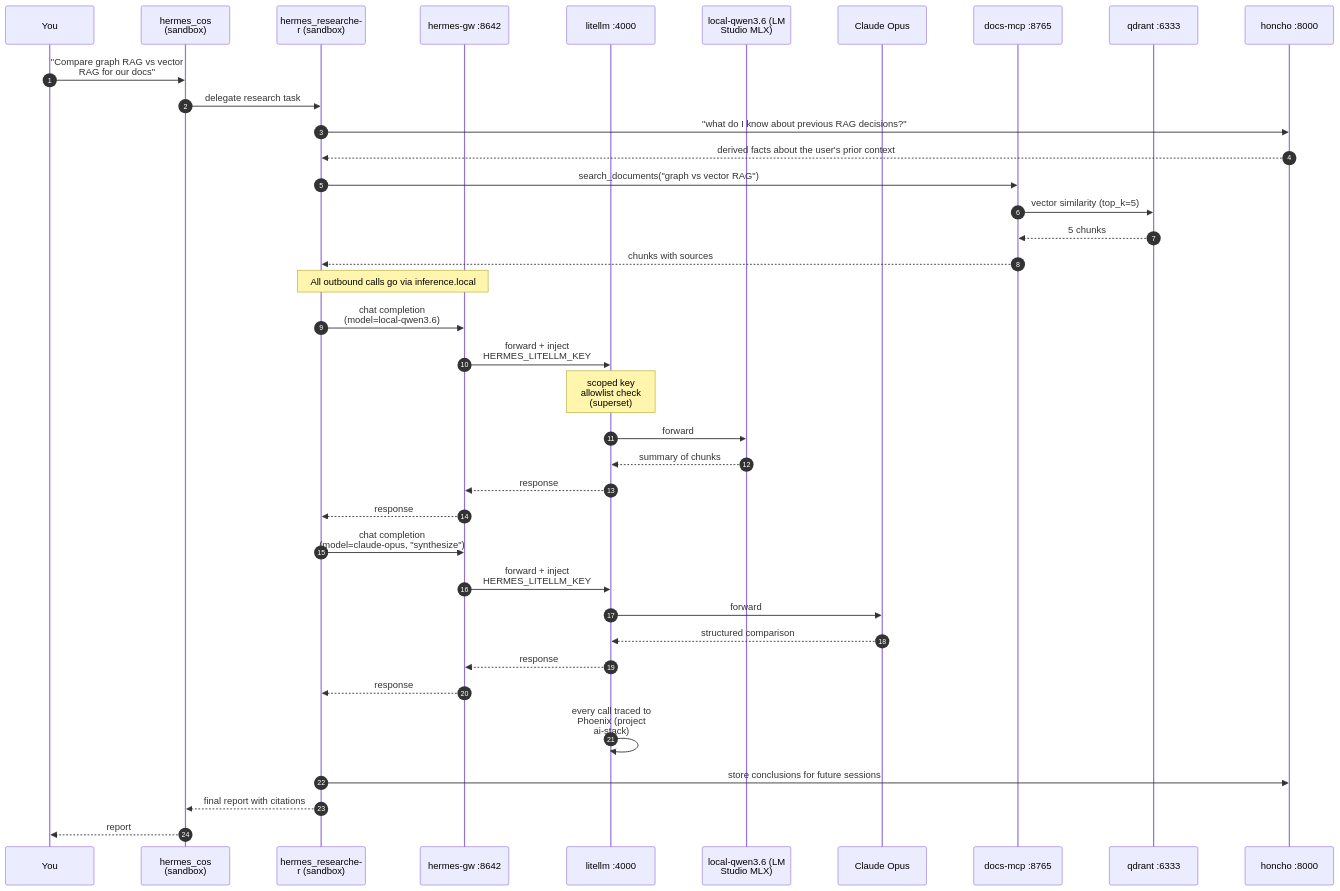
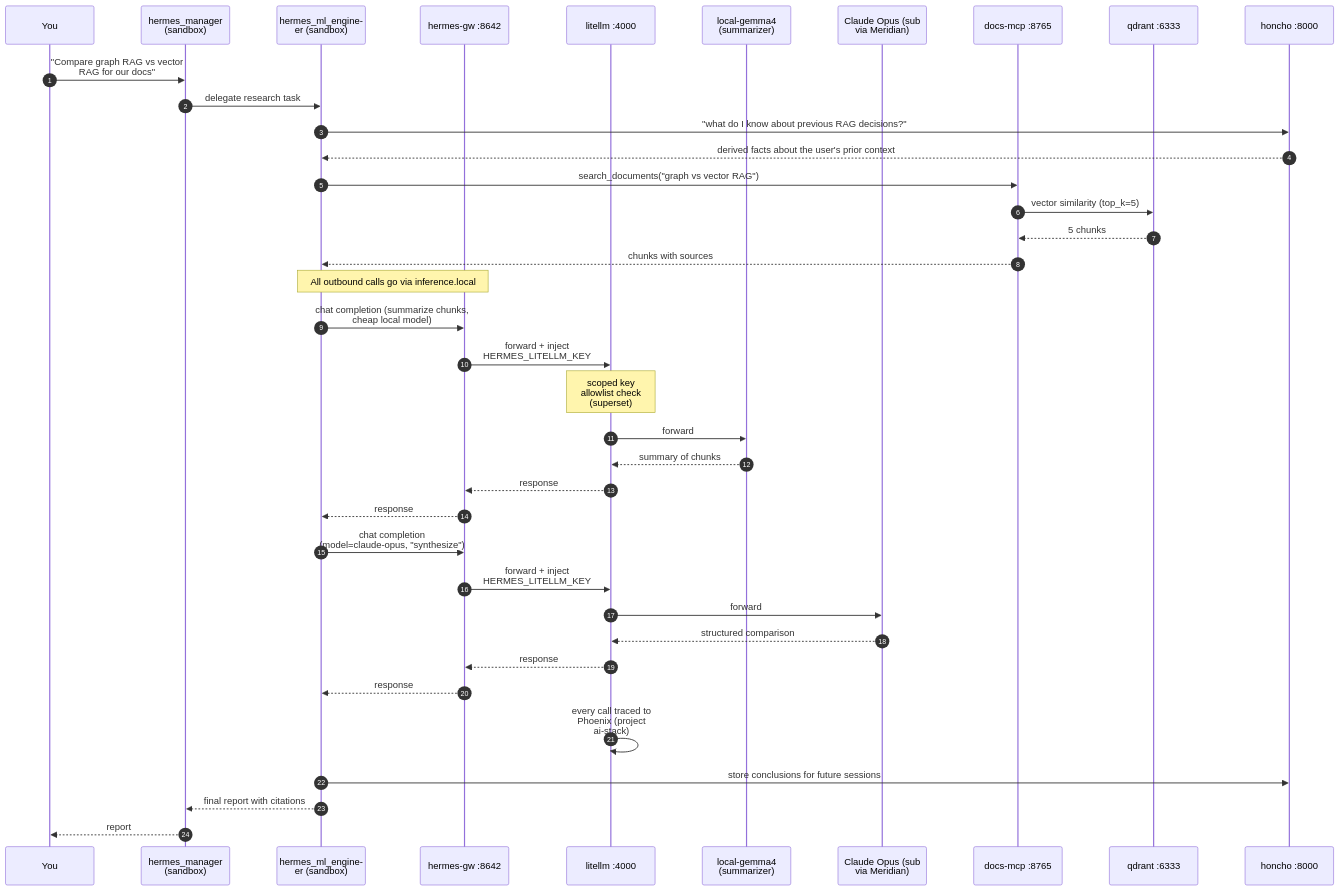
One commit to mayssamj/versatile-ai-stack changed the fourth of 4 diagrams in README.md. Above: the diagram before and after it, drawn with Mermaid. The commit also changed other lines of this file and 17 other files, not shown here.

````diff
--- a/README.md
+++ b/README.md
@@ -325,46 +327,46 @@
 ```mermaid
   %%{init: { "theme": "default", "themeVariables": {"fontSize": "16px"}, "sequence": {"actorMargin": 80, "messageMargin": 40, "wrap": true} }}%%
 sequenceDiagram
   autonumber
   participant U as You
-  participant CoS as hermes_cos (sandbox)
-  participant R as hermes_researcher (sandbox)
+  participant CoS as hermes_manager (sandbox)
+  participant R as hermes_ml_engineer (sandbox)
   participant SBX as hermes-gw :8642
   participant L as litellm :4000
-  participant LH as local-qwen3.6 (LM Studio MLX)
-  participant CL as Claude Opus
+  participant LH as local-gemma4 (summarizer)
+  participant CL as Claude Opus (sub via Meridian)
   participant MCP as docs-mcp :8765
   participant Q as qdrant :6333
   participant HO as honcho :8000
 
   U->>CoS: "Compare graph RAG vs vector RAG for our docs"
   CoS->>R: delegate research task
   R->>HO: "what do I know about previous RAG decisions?"
   HO-->>R: derived facts about the user's prior context
   R->>MCP: search_documents("graph vs vector RAG")
   MCP->>Q: vector similarity (top_k=5)
   Q-->>MCP: 5 chunks
   MCP-->>R: chunks with sources
 
   Note over R,SBX: All outbound calls go via inference.local
-  R->>SBX: chat completion (model=local-qwen3.6)
+  R->>SBX: chat completion (summarize chunks, cheap local model)
   SBX->>L: forward + inject HERMES_LITELLM_KEY
   Note over L: scoped key allowlist check (superset)
   L->>LH: forward
   LH-->>L: summary of chunks
   L-->>SBX: response
   SBX-->>R: response
 
   R->>SBX: chat completion (model=claude-opus, "synthesize")
   SBX->>L: forward + inject HERMES_LITELLM_KEY
   L->>CL: forward
   CL-->>L: structured comparison
   L-->>SBX: response
   SBX-->>R: response
 
   L->>L: every call traced to Phoenix (project ai-stack)
 
   R->>HO: store conclusions for future sessions
   R-->>CoS: final report with citations
   CoS-->>U: report
 ```
````
